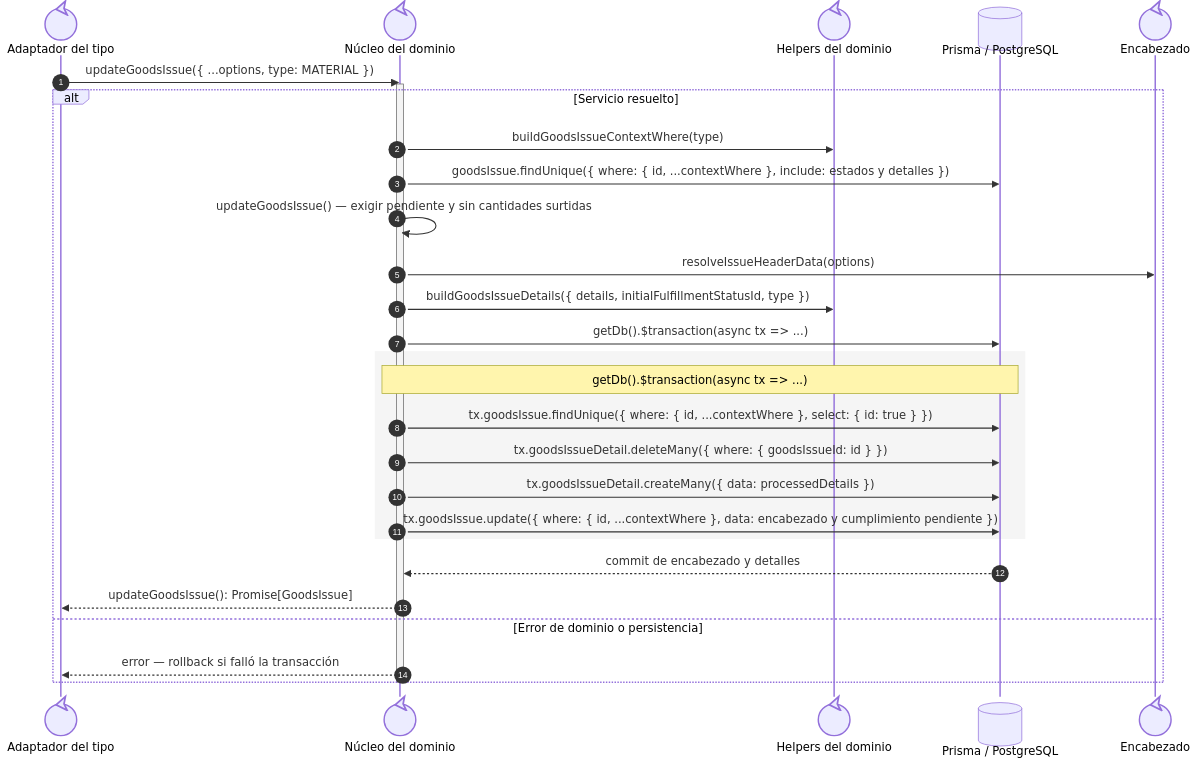
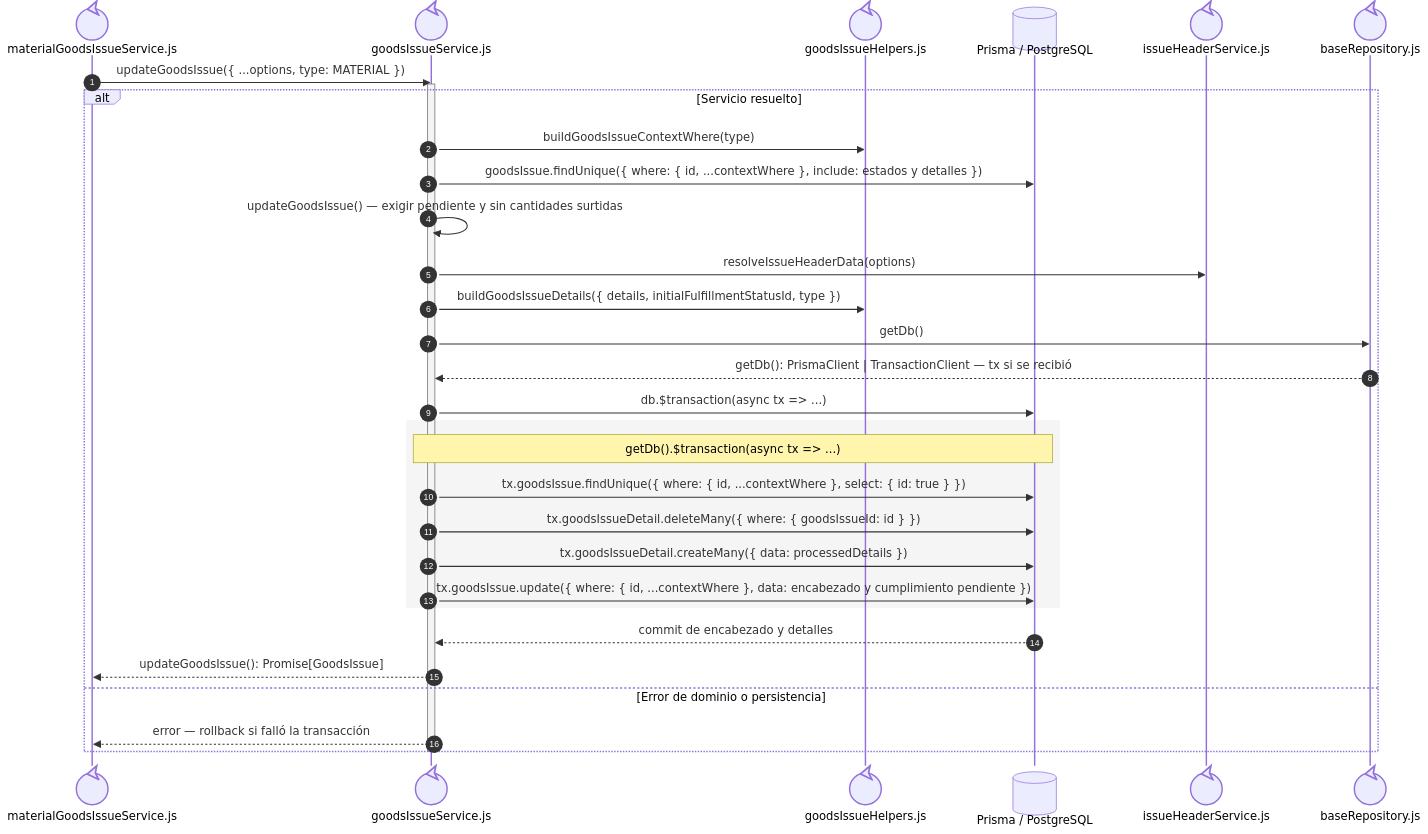
Before and after one commit to gpgsistemas01/nexus: the fourth of 4 diagrams in docs/architecture/views/processes/backend-code-sequences/issues/cu-sal-04.md, drawn with Mermaid. The commit also changed other lines of this file and 192 other files, not shown here.

Commit message:
docs: make sequence file ownership explicit and align code flows

````diff
--- a/docs/architecture/views/processes/backend-code-sequences/issues/cu-sal-04.md
+++ b/docs/architecture/views/processes/backend-code-sequences/issues/cu-sal-04.md
@@ -98,32 +159,36 @@
 ```mermaid
 sequenceDiagram
     autonumber
-    participant Facade@{ "type": "control" } as Adaptador del tipo
-    participant Core@{ "type": "control" } as Núcleo del dominio
-    participant Helpers@{ "type": "control" } as Helpers del dominio
+    participant Facade@{ "type": "control" } as materialGoodsIssueService.js
+    participant Core@{ "type": "control" } as goodsIssueService.js
+    participant Helpers@{ "type": "control" } as goodsIssueHelpers.js
     participant Prisma@{ "type": "database" } as Prisma / PostgreSQL
-    participant Header@{ "type": "control" } as Encabezado
+    participant Header@{ "type": "control" } as issueHeaderService.js
+
+    participant FileBaseRepository@{ "type": "control" } as baseRepository.js
 
     Facade->>Core: updateGoodsIssue({ ...options, type: MATERIAL })
     activate Core
     alt Servicio resuelto
         Core->>Helpers: buildGoodsIssueContextWhere(type)
         Core->>Prisma: goodsIssue.findUnique({ where: { id, ...contextWhere }, include: estados y detalles })
         Core->>Core: updateGoodsIssue() — exigir pendiente y sin cantidades surtidas
         Core->>Header: resolveIssueHeaderData(options)
         Core->>Helpers: buildGoodsIssueDetails({ details, initialFulfillmentStatusId, type })
-        Core->>Prisma: getDb().$transaction(async tx => ...)
+        Core->>FileBaseRepository: getDb()
+        FileBaseRepository-->>Core: getDb(): PrismaClient | TransactionClient — tx si se recibió
+        Core->>Prisma: db.$transaction(async tx => ...)
         rect rgb(245, 245, 245)
             Note over Core,Prisma: getDb().$transaction(async tx => ...)
             Core->>Prisma: tx.goodsIssue.findUnique({ where: { id, ...contextWhere }, select: { id: true } })
             Core->>Prisma: tx.goodsIssueDetail.deleteMany({ where: { goodsIssueId: id } })
             Core->>Prisma: tx.goodsIssueDetail.createMany({ data: processedDetails })
             Core->>Prisma: tx.goodsIssue.update({ where: { id, ...contextWhere }, data: encabezado y cumplimiento pendiente })
         end
         Prisma-->>Core: commit de encabezado y detalles
         Core-->>Facade: updateGoodsIssue(): Promise[GoodsIssue]
     else Error de dominio o persistencia
         Core-->>Facade: error — rollback si falló la transacción
     end
     deactivate Core
 ```
````
